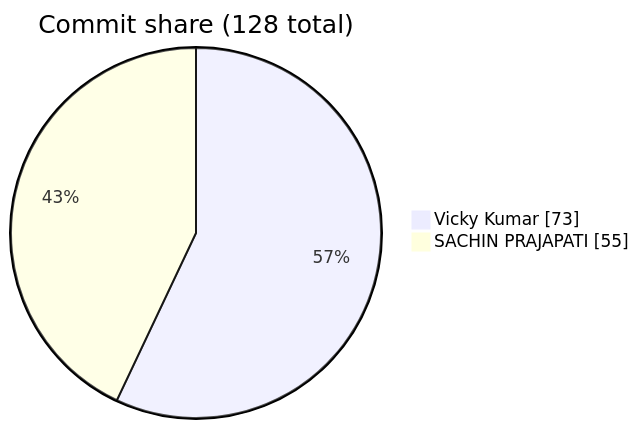
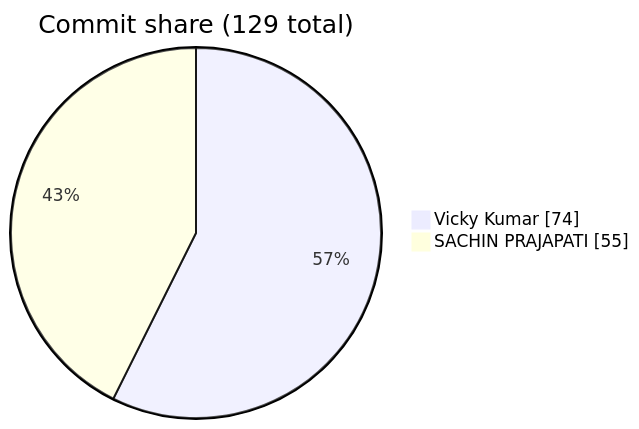
The seventh of 7 diagrams in README.md (FiscalMindset/Clipo), drawn with Mermaid before and after one commit. The commit also changed 1 other file, not shown here.

Commit message:
docs(readme): auto-update contributor stats and star history

````diff
--- a/README.md
+++ b/README.md
@@ -752,5 +752,5 @@
 ```mermaid
-pie showData title Commit share (128 total)
-    "Vicky Kumar" : 73
+pie showData title Commit share (129 total)
+    "Vicky Kumar" : 74
     "SACHIN PRAJAPATI" : 55
 ```
````
